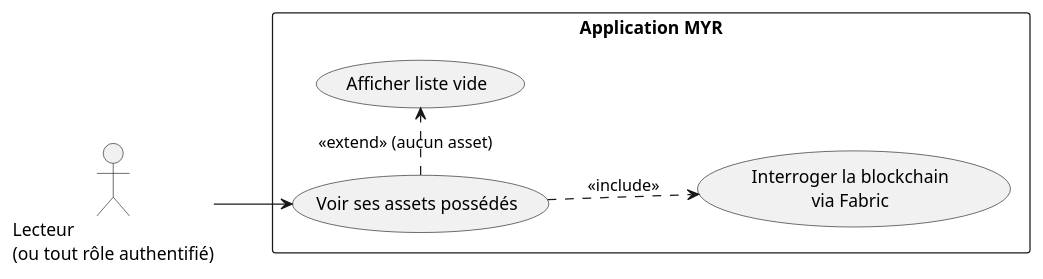
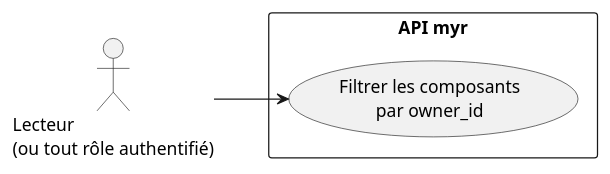
The first of 2 diagrams in specs/2-Analyse/UCA-Compte_et_Acces/UCA06.md (olivaux/myr), drawn with PlantUML before and after one commit. The commit also changed other lines of this file and 72 other files, not shown here.

````diff
--- a/specs/2-Analyse/UCA-Compte_et_Acces/UCA06.md
+++ b/specs/2-Analyse/UCA-Compte_et_Acces/UCA06.md
@@ -14,18 +14,14 @@
 ```plantuml
 @startuml
 left to right direction
 
 actor "Lecteur\n(ou tout rôle authentifié)" as U
 
-rectangle "Application MYR" {
-    usecase "Voir ses assets possédés" as UC1
-    usecase "Interroger la blockchain\nvia Fabric" as UC2
-    usecase "Afficher liste vide" as UC3
+rectangle "API myr" {
+    usecase "Filtrer les composants\npar owner_id" as UC1
 }
 
 U --> UC1
-UC1 ..> UC2 : <<include>>
-UC1 .> UC3 : <<extend>> (aucun asset)
 
 @enduml
 ```
````
